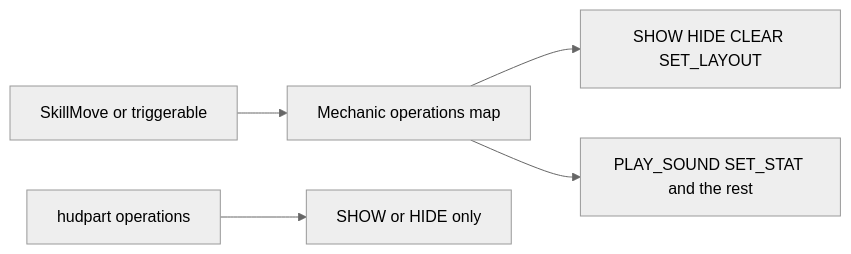
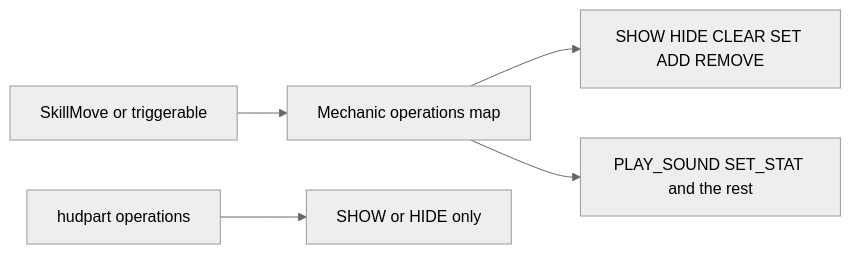
One commit to Pirate-Era-Network/MC-Backend-Docs changed the diagram in docs/hud/README.md. Above: the diagram before and after it, drawn with Mermaid (neutral theme). The commit also changed other lines of this file and 13 other files, not shown here.

````diff
--- a/docs/hud/README.md
+++ b/docs/hud/README.md
@@ -10,7 +10,7 @@
 ```mermaid
 flowchart LR
   skill[SkillMove or triggerable] --> mechanic[Mechanic operations map]
-  mechanic --> hudOps[SHOW HIDE CLEAR SET_LAYOUT]
+  mechanic --> hudOps[SHOW HIDE CLEAR SET ADD REMOVE]
   mechanic --> otherOps[PLAY_SOUND SET_STAT and the rest]
   part[hudpart operations] --> presence[SHOW or HIDE only]
 ```
````
